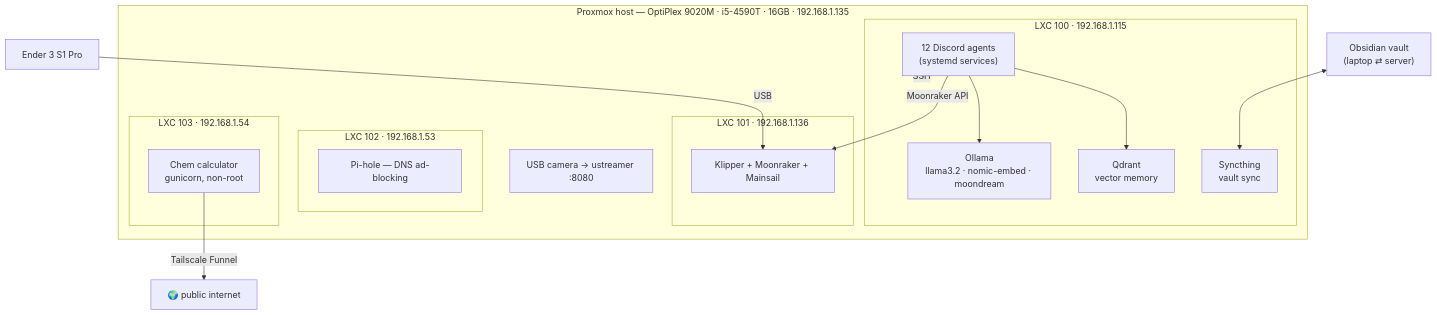
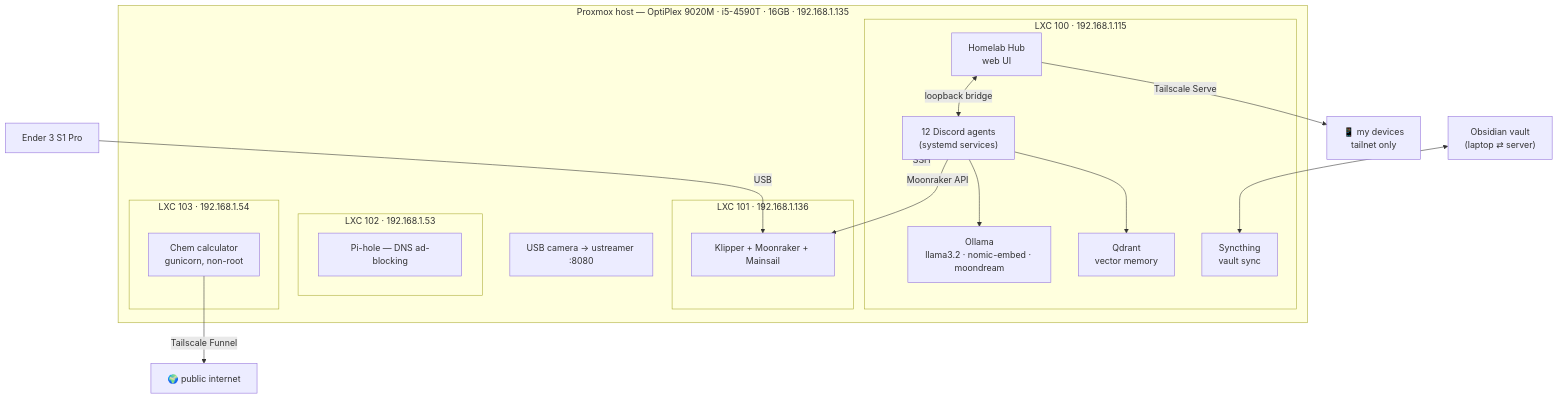
One commit to kubinokitsune/homelab changed the diagram in README.md. Above: the diagram before and after it, drawn with Mermaid. The commit also changed other lines of this file and 4 other files, not shown here.

First line of the commit message:
Document the Homelab Hub web UI; generate the wiki from docs

````diff
--- a/README.md
+++ b/README.md
@@ -20,28 +21,31 @@
 ```mermaid
 graph TD
     subgraph HOST["Proxmox host — OptiPlex 9020M · i5-4590T · 16GB · 192.168.1.135"]
         subgraph L100["LXC 100 · 192.168.1.115"]
             A["12 Discord agents<br/>(systemd services)"]
             O["Ollama<br/>llama3.2 · nomic-embed · moondream"]
             Q["Qdrant<br/>vector memory"]
             S["Syncthing<br/>vault sync"]
+            H["Homelab Hub<br/>web UI"]
         end
         subgraph L101["LXC 101 · 192.168.1.136"]
             K["Klipper + Moonraker + Mainsail"]
         end
         subgraph L102["LXC 102 · 192.168.1.53"]
             P["Pi-hole — DNS ad-blocking"]
         end
         subgraph L103["LXC 103 · 192.168.1.54"]
             C["Chem calculator<br/>gunicorn, non-root"]
         end
         CAM["USB camera → ustreamer :8080"]
     end
     PRINTER["Ender 3 S1 Pro"] -->|USB| K
     A --> O
     A --> Q
     A -->|Moonraker API| K
     A -->|SSH| HOST
     VAULT["Obsidian vault<br/>(laptop ⇄ server)"] <--> S
     C -->|Tailscale Funnel| WEB["🌍 public internet"]
+    H <-->|loopback bridge| A
+    H -->|Tailscale Serve| ME["📱 my devices<br/>tailnet only"]
 ```
````
